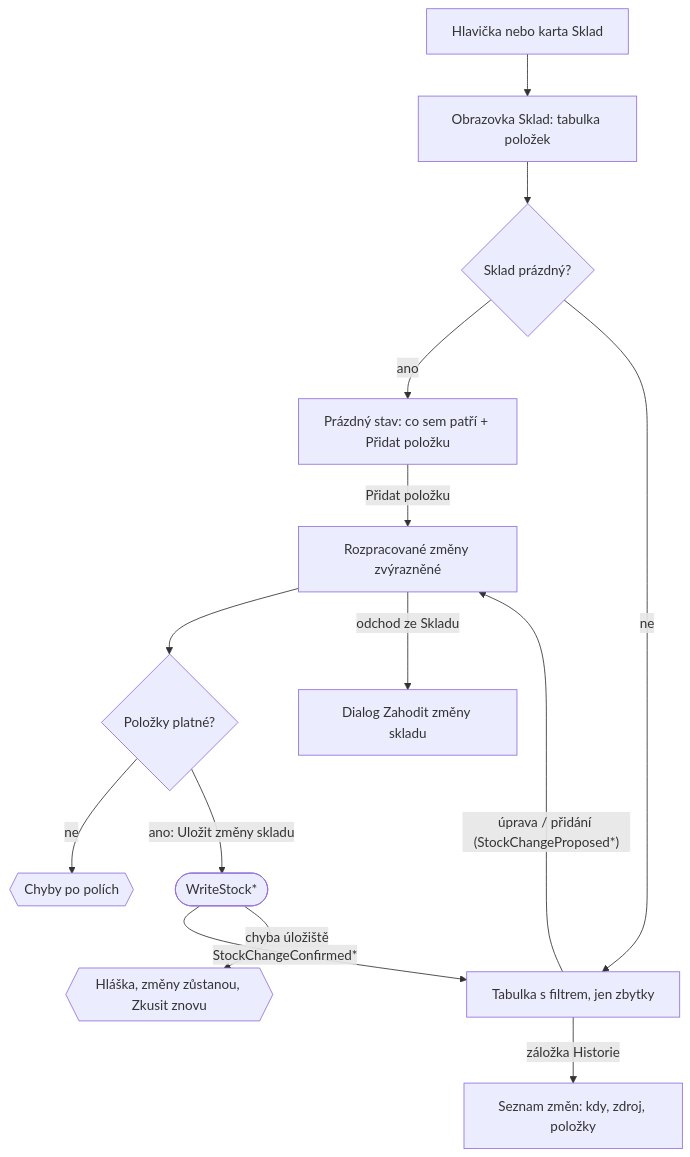
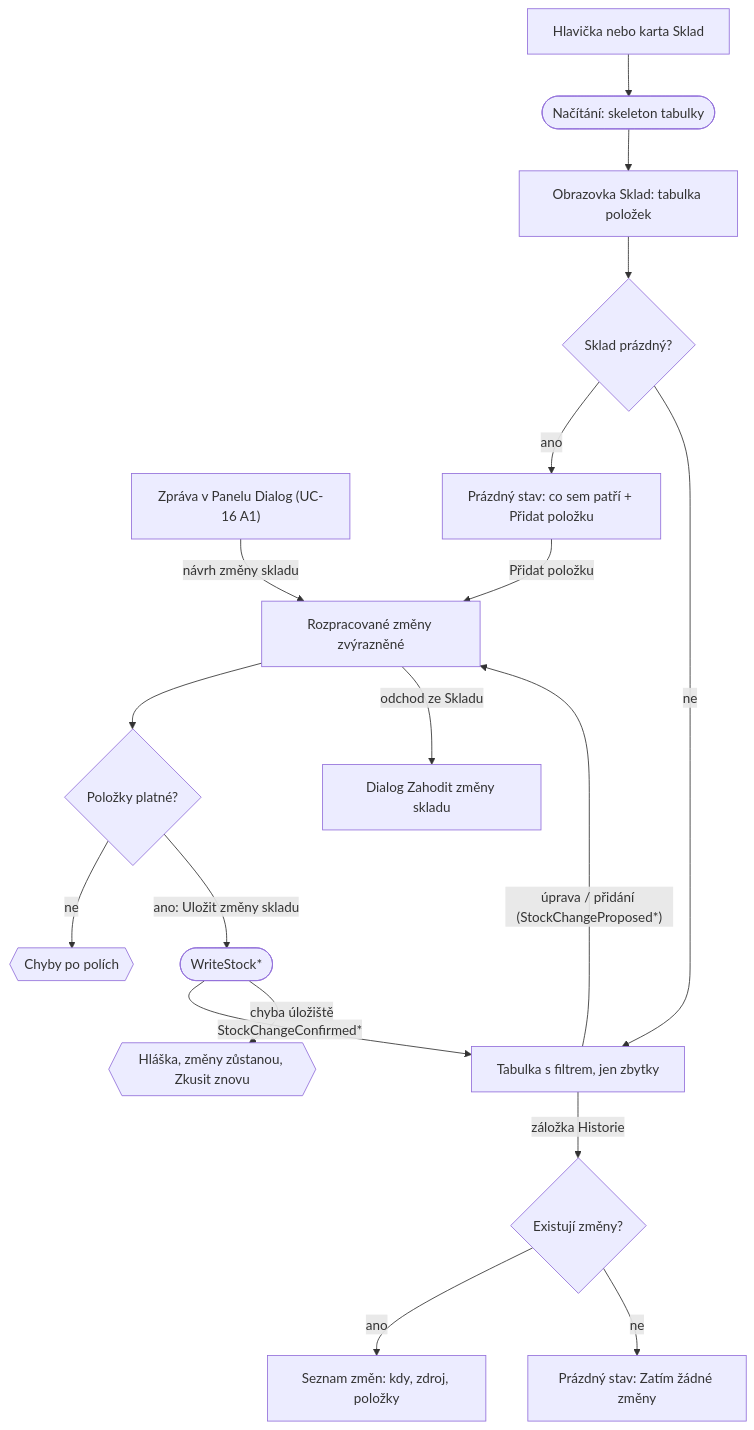
One commit to janvrzal/decision-engine changed diagram 11 of 11 in docs/service-design/03-user-flows.md. Above: the diagram before and after it, drawn with Mermaid. The commit also changed other lines of this file and 2 other files, not shown here.

````diff
--- a/docs/service-design/03-user-flows.md
+++ b/docs/service-design/03-user-flows.md
@@ -366,16 +376,20 @@
 ```mermaid
 flowchart TD
-    H["Hlavička nebo karta Sklad"] --> S["Obrazovka Sklad: tabulka položek"]
+    H["Hlavička nebo karta Sklad"] --> LD(["Načítání: skeleton tabulky"])
+    LD --> S["Obrazovka Sklad: tabulka položek"]
+    CM["Zpráva v Panelu Dialog (UC-16 A1)"] -->|"návrh změny skladu"| D
     S --> EM{"Sklad prázdný?"}
     EM -->|"ano"| E0["Prázdný stav: co sem patří + Přidat položku"]
     EM -->|"ne"| T["Tabulka s filtrem, jen zbytky"]
     T -->|"úprava / přidání (StockChangeProposed*)"| D["Rozpracované změny zvýrazněné"]
     E0 -->|"Přidat položku"| D
     D --> V{"Položky platné?"}
     V -->|"ne"| VE{{"Chyby po polích"}}
     V -->|"ano: Uložit změny skladu"| W(["WriteStock*"])
     W -->|"StockChangeConfirmed*"| T
     W -->|"chyba úložiště"| WE{{"Hláška, změny zůstanou, Zkusit znovu"}}
     D -->|"odchod ze Skladu"| DD["Dialog Zahodit změny skladu"]
-    T -->|"záložka Historie"| HI["Seznam změn: kdy, zdroj, položky"]
+    T -->|"záložka Historie"| HX{"Existují změny?"}
+    HX -->|"ano"| HI["Seznam změn: kdy, zdroj, položky"]
+    HX -->|"ne"| HE["Prázdný stav: Zatím žádné změny"]
 ```
````
